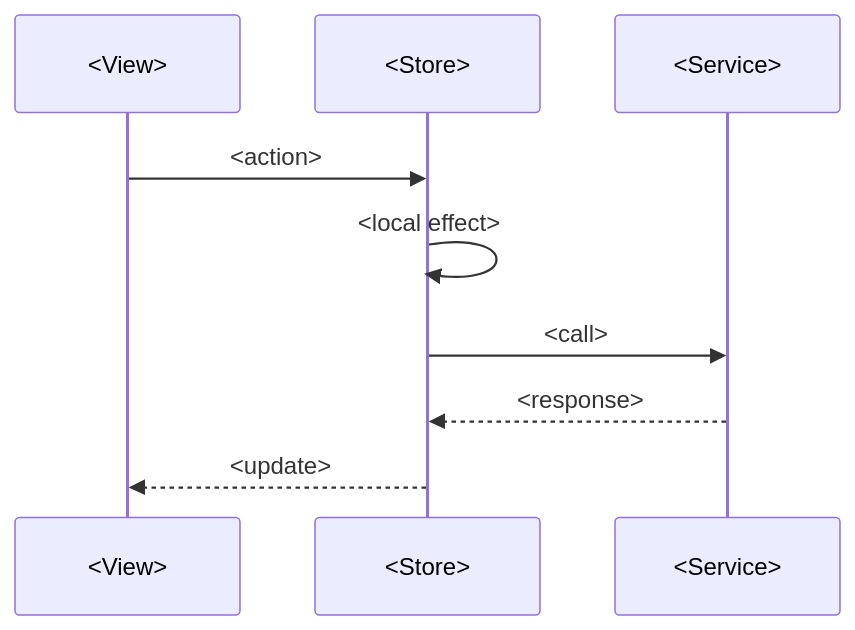
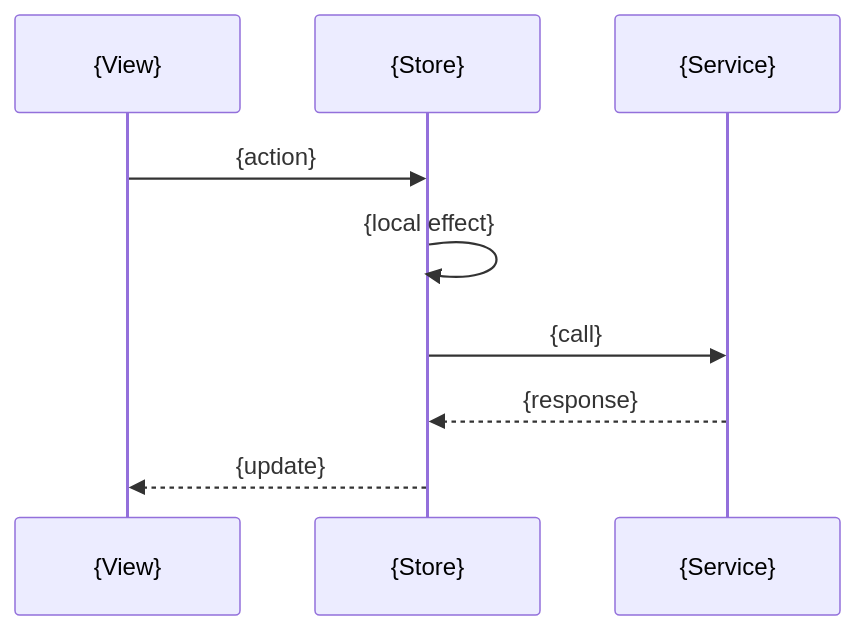
The second of 2 diagrams in docs/architecture/c4/components/TEMPLATE.md (psarma89/plane), drawn with Mermaid before and after one commit. The commit also changed other lines of this file and 6 other files, not shown here.

````diff
--- a/docs/architecture/c4/components/TEMPLATE.md
+++ b/docs/architecture/c4/components/TEMPLATE.md
@@ -48,12 +45,12 @@
 ```mermaid
 sequenceDiagram
-    participant V as <View>
-    participant S as <Store>
-    participant C as <Service>
+    participant V as {View}
+    participant S as {Store}
+    participant C as {Service}
 
-    V->>S: <action>
-    S->>S: <local effect>
-    S->>C: <call>
-    C-->>S: <response>
-    S-->>V: <update>
+    V->>S: {action}
+    S->>S: {local effect}
+    S->>C: {call}
+    C-->>S: {response}
+    S-->>V: {update}
 ```
````
